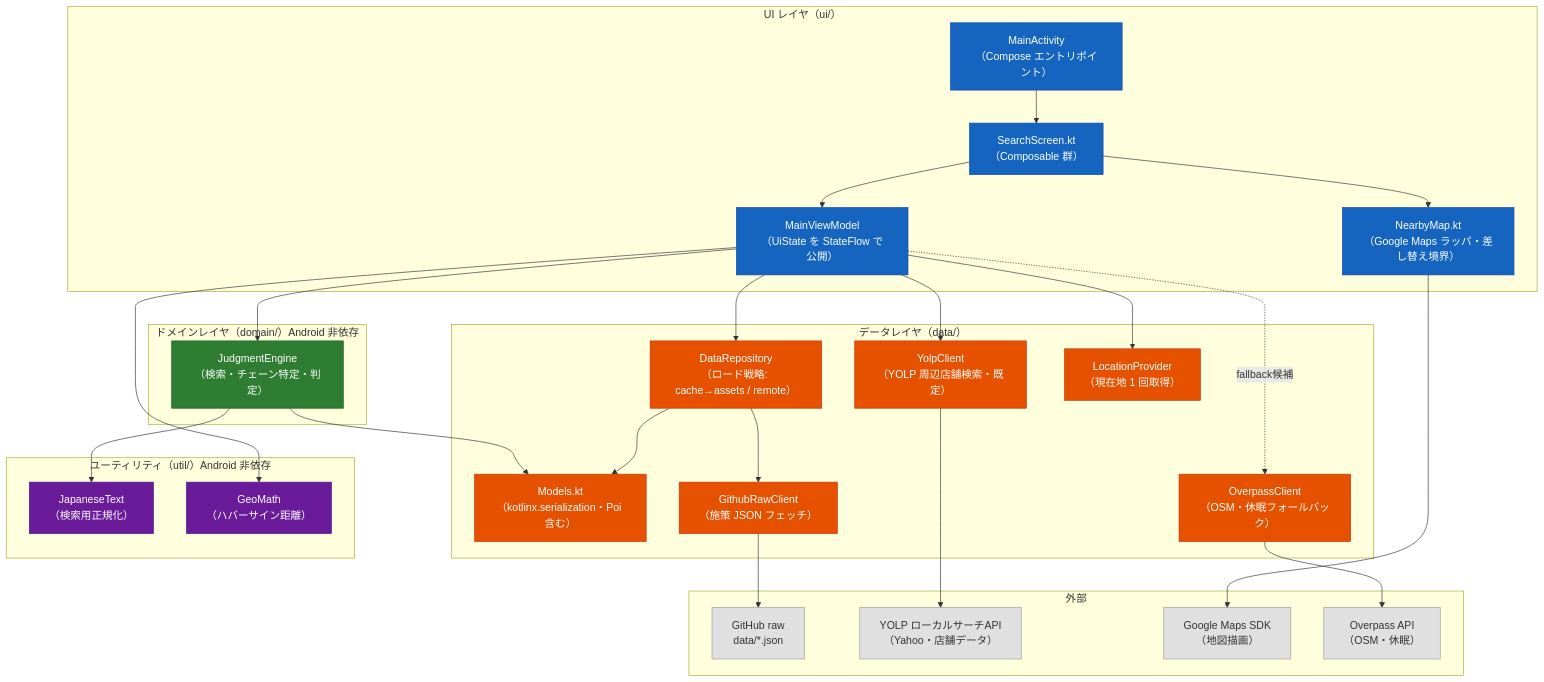
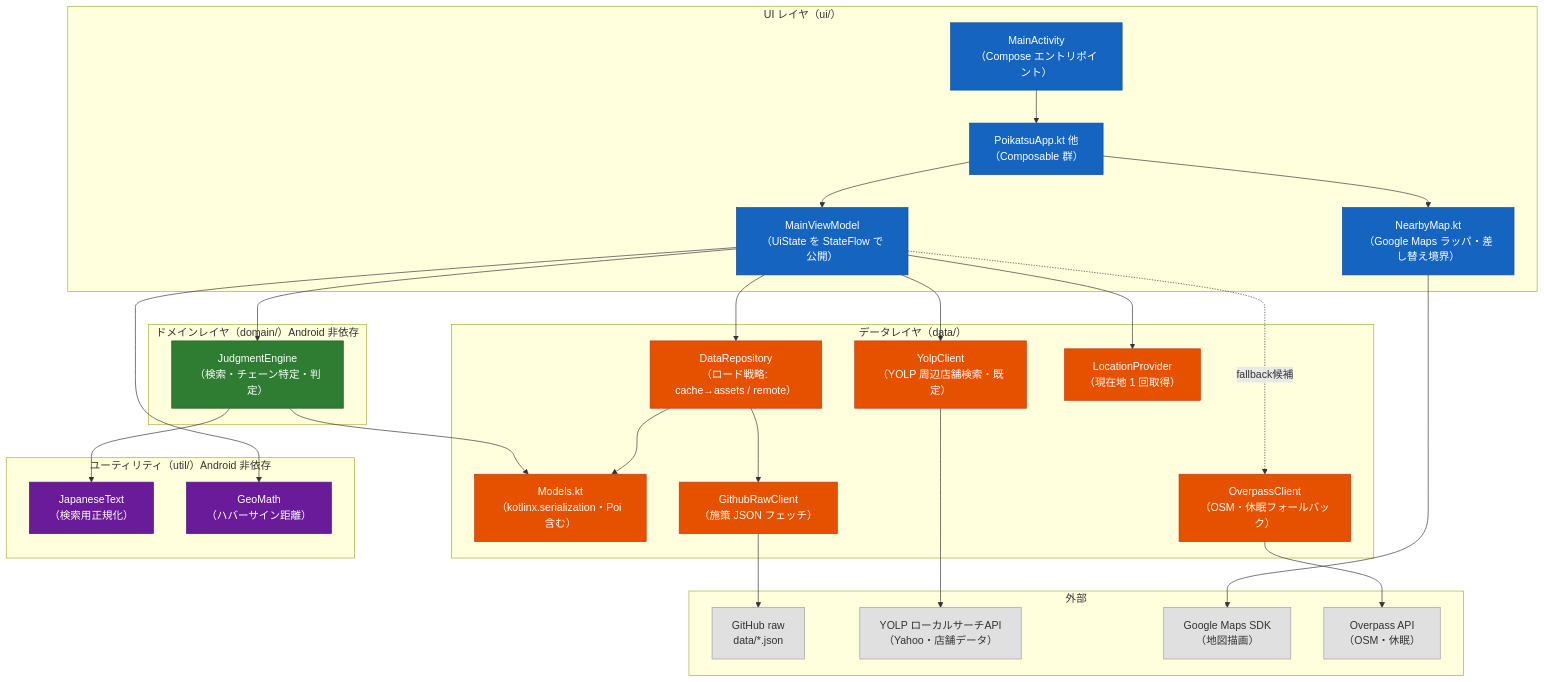
One commit to ktakjm/poikatsu changed the first of 6 diagrams in docs/code-guide.md. Above: the diagram before and after it, drawn with Mermaid. The commit also changed other lines of this file and 6 other files, not shown here.

First line of the commit message:
refactor: split SearchScreen.kt into PoikatsuApp, Settings, Campaign, Judgment, UiHelpers

````diff
--- a/docs/code-guide.md
+++ b/docs/code-guide.md
@@ -13,66 +13,66 @@
 ```mermaid
 graph TD
     subgraph ui["UI レイヤ（ui/）"]
         ACT["MainActivity<br/>（Compose エントリポイント）"]
-        SCR["SearchScreen.kt<br/>（Composable 群）"]
+        SCR["PoikatsuApp.kt 他<br/>（Composable 群）"]
         VM["MainViewModel<br/>（UiState を StateFlow で公開）"]
         MAP["NearbyMap.kt<br/>（Google Maps ラッパ・差し替え境界）"]
     end
     subgraph domain["ドメインレイヤ（domain/）Android 非依存"]
         ENG["JudgmentEngine<br/>（検索・チェーン特定・判定）"]
     end
     subgraph dat["データレイヤ（data/）"]
         REPO["DataRepository<br/>（ロード戦略: cache→assets / remote）"]
         MODELS["Models.kt<br/>（kotlinx.serialization・Poi 含む）"]
         GH["GithubRawClient<br/>（施策 JSON フェッチ）"]
         YL["YolpClient<br/>（YOLP 周辺店舗検索・既定）"]
         OP["OverpassClient<br/>（OSM・休眠フォールバック）"]
         LOC["LocationProvider<br/>（現在地 1 回取得）"]
     end
     subgraph util["ユーティリティ（util/）Android 非依存"]
         JT["JapaneseText<br/>（検索用正規化）"]
         GEO["GeoMath<br/>（ハバーサイン距離）"]
     end
     subgraph ext["外部"]
         RAW["GitHub raw<br/>data/*.json"]
         YOLP["YOLP ローカルサーチAPI<br/>（Yahoo・店舗データ）"]
         GMAP["Google Maps SDK<br/>（地図描画）"]
         OSM["Overpass API<br/>（OSM・休眠）"]
     end
 
     ACT --> SCR
     SCR --> VM
     SCR --> MAP
     MAP --> GMAP
     VM --> ENG
     VM --> REPO
     VM --> YL
     VM -.->|fallback候補| OP
     VM --> LOC
     VM --> GEO
     ENG --> JT
     ENG --> MODELS
     REPO --> MODELS
     REPO --> GH
     GH --> RAW
     YL --> YOLP
     OP --> OSM
 
     style ACT fill:#1565C0,stroke:#0D47A1,color:#fff
     style SCR fill:#1565C0,stroke:#0D47A1,color:#fff
     style VM fill:#1565C0,stroke:#0D47A1,color:#fff
     style ENG fill:#2E7D32,stroke:#1B5E20,color:#fff
     style REPO fill:#E65100,stroke:#BF360C,color:#fff
     style MODELS fill:#E65100,stroke:#BF360C,color:#fff
     style GH fill:#E65100,stroke:#BF360C,color:#fff
     style YL fill:#E65100,stroke:#BF360C,color:#fff
     style OP fill:#E65100,stroke:#BF360C,color:#fff
     style LOC fill:#E65100,stroke:#BF360C,color:#fff
     style JT fill:#6A1B9A,stroke:#4A148C,color:#fff
     style GEO fill:#6A1B9A,stroke:#4A148C,color:#fff
     style RAW fill:#E0E0E0,stroke:#9E9E9E,color:#333
     style YOLP fill:#E0E0E0,stroke:#9E9E9E,color:#333
     style GMAP fill:#E0E0E0,stroke:#9E9E9E,color:#333
     style OSM fill:#E0E0E0,stroke:#9E9E9E,color:#333
     style MAP fill:#1565C0,stroke:#0D47A1,color:#fff
 ```
````
